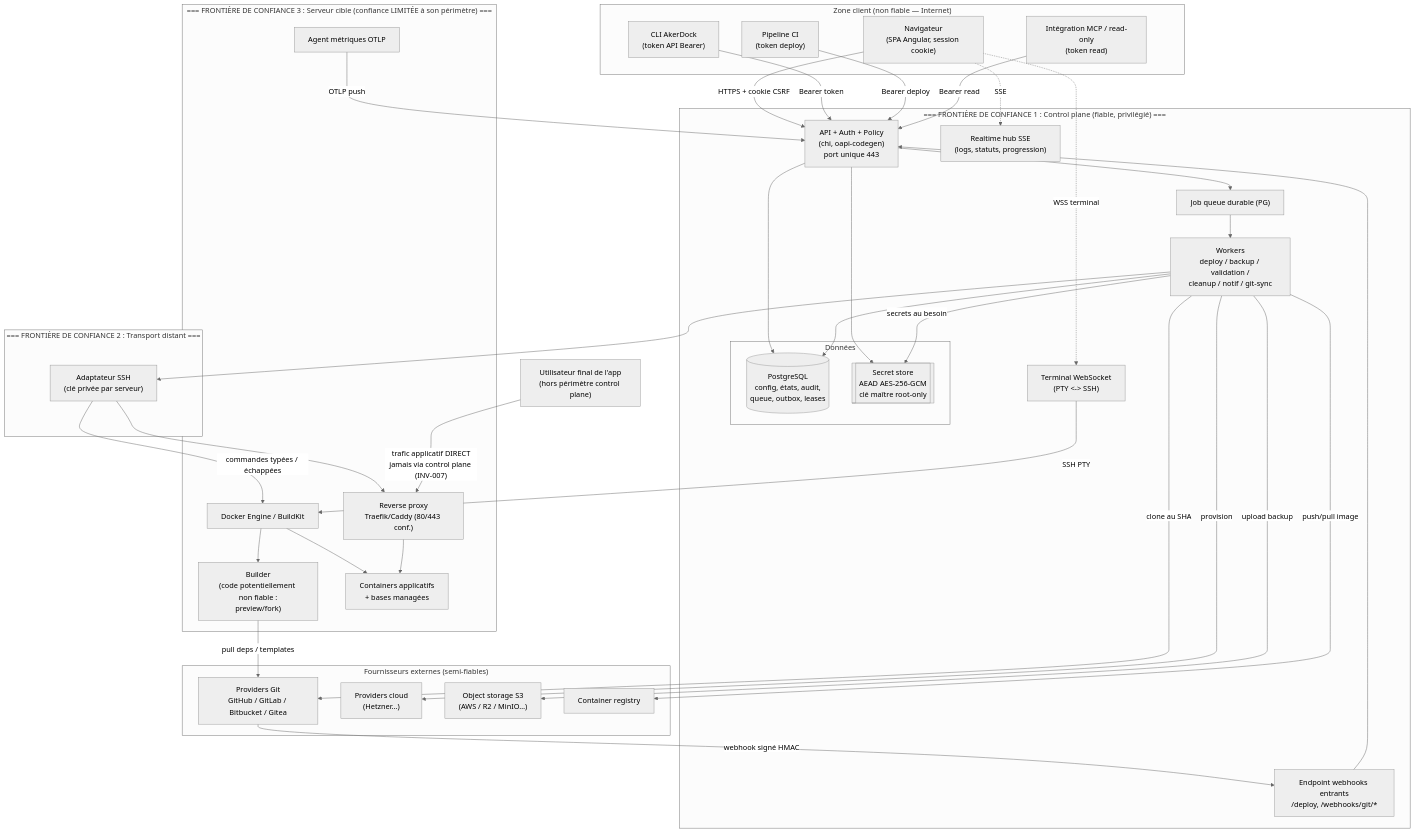
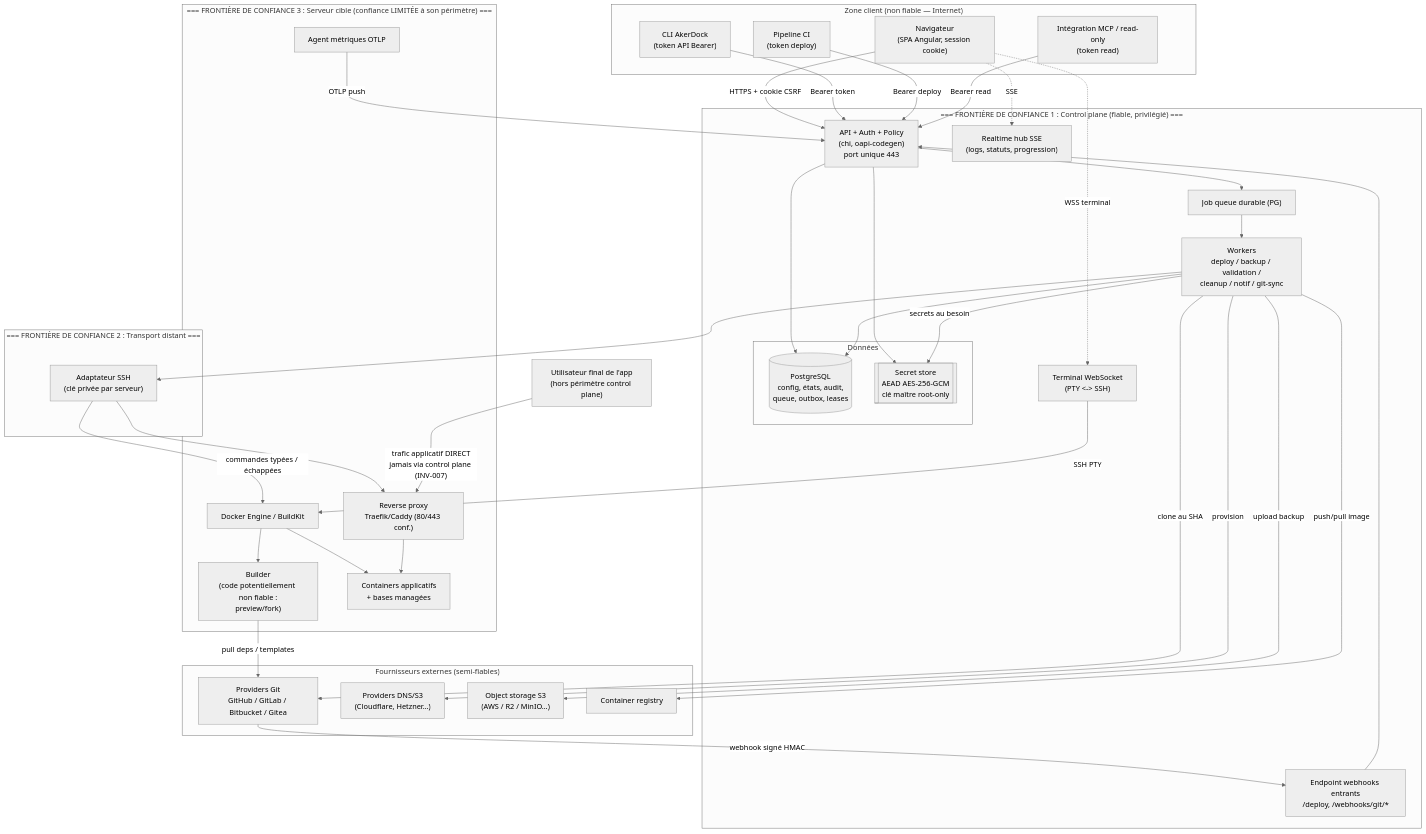
One commit to deepteams/akerdock changed the diagram in docs/specs/threat-model.md. Above: the diagram before and after it, drawn with Mermaid (neutral theme). The commit also changed other lines of this file and 12 other files, not shown here.

Commit message:
docs(adr): remove Cloudflare tunnels, cloud provisioning, and server patching - Retire capabilities from product scope as per ADR-027. - Update related documentation and references throughout the project. - Ensure clarity on remaining functionalities and their implications.

````diff
--- a/docs/specs/threat-model.md
+++ b/docs/specs/threat-model.md
@@ -22,75 +22,75 @@
 ```mermaid
 flowchart TB
     subgraph ext_clients["Zone client (non fiable — Internet)"]
         BROWSER["Navigateur<br/>(SPA Angular, session cookie)"]
         CLI["CLI AkerDock<br/>(token API Bearer)"]
         CI["Pipeline CI<br/>(token deploy)"]
         MCP["Intégration MCP / read-only<br/>(token read)"]
     end
 
     subgraph ext_git["Fournisseurs externes (semi-fiables)"]
         GIT["Providers Git<br/>GitHub / GitLab / Bitbucket / Gitea"]
-        CLOUD["Providers cloud<br/>(Hetzner…)"]
+        CLOUD["Providers DNS/S3<br/>(Cloudflare, Hetzner…)"]
         S3["Object storage S3<br/>(AWS / R2 / MinIO…)"]
         REG["Container registry"]
     end
 
     subgraph tb_cp["=== FRONTIÈRE DE CONFIANCE 1 : Control plane (fiable, privilégié) ==="]
         API["API + Auth + Policy<br/>(chi, oapi-codegen)<br/>port unique 443"]
         WHIN["Endpoint webhooks entrants<br/>/deploy, /webhooks/git/*"]
         RT["Realtime hub SSE<br/>(logs, statuts, progression)"]
         WSTERM["Terminal WebSocket<br/>(PTY <-> SSH)"]
         subgraph tb_data["Données"]
             PG[("PostgreSQL<br/>config, états, audit,<br/>queue, outbox, leases")]
             SECRETS[["Secret store<br/>AEAD AES-256-GCM<br/>clé maître root-only"]]
         end
         QUEUE["Job queue durable (PG)"]
         WORKERS["Workers<br/>deploy / backup / validation /<br/>cleanup / notif / git-sync"]
     end
 
     subgraph tb_transport["=== FRONTIÈRE DE CONFIANCE 2 : Transport distant ==="]
         SSH["Adaptateur SSH<br/>(clé privée par serveur)"]
     end
 
     subgraph tb_target["=== FRONTIÈRE DE CONFIANCE 3 : Serveur cible (confiance LIMITÉE à son périmètre) ==="]
         DOCKER["Docker Engine / BuildKit"]
         BUILDER["Builder<br/>(code potentiellement non fiable :<br/>preview/fork)"]
         PROXY["Reverse proxy<br/>Traefik/Caddy (80/443 conf.)"]
         SENTINEL["Agent métriques OTLP"]
         WORKLOAD["Containers applicatifs<br/>+ bases managées"]
     end
 
     ENDUSER["Utilisateur final de l'app<br/>(hors périmètre control plane)"]
 
     BROWSER -->|"HTTPS + cookie CSRF"| API
     CLI -->|"Bearer token"| API
     CI -->|"Bearer deploy"| API
     MCP -->|"Bearer read"| API
     BROWSER -.->|"SSE"| RT
     BROWSER -.->|"WSS terminal"| WSTERM
 
     GIT -->|"webhook signé HMAC"| WHIN
     WHIN --> API
     API --> PG
     API --> SECRETS
     API --> QUEUE
     QUEUE --> WORKERS
     WORKERS --> PG
     WORKERS -->|"secrets au besoin"| SECRETS
     WORKERS --> SSH
     WORKERS -->|"clone au SHA"| GIT
     WORKERS -->|"provision"| CLOUD
     WORKERS -->|"upload backup"| S3
     WORKERS -->|"push/pull image"| REG
 
     SSH -->|"commandes typées / échappées"| DOCKER
     SSH --> PROXY
     DOCKER --> BUILDER
     BUILDER -->|"pull deps / templates"| GIT
     DOCKER --> WORKLOAD
     SENTINEL -->|"OTLP push"| API
     WSTERM -->|"SSH PTY"| DOCKER
 
     ENDUSER -->|"trafic applicatif DIRECT<br/>jamais via control plane (INV-007)"| PROXY
     PROXY --> WORKLOAD
 ```
````
